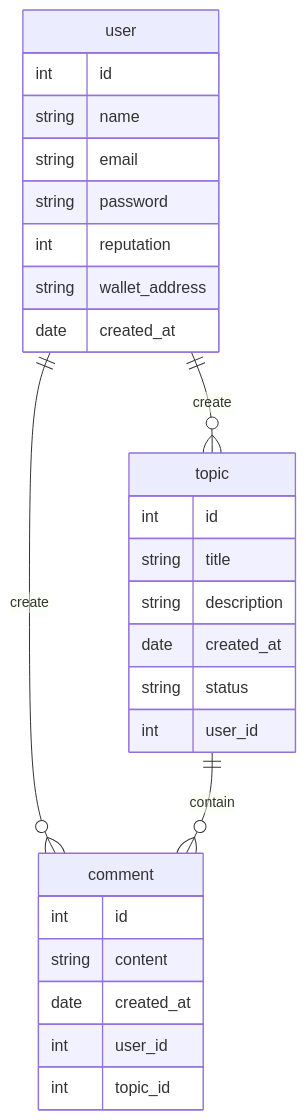
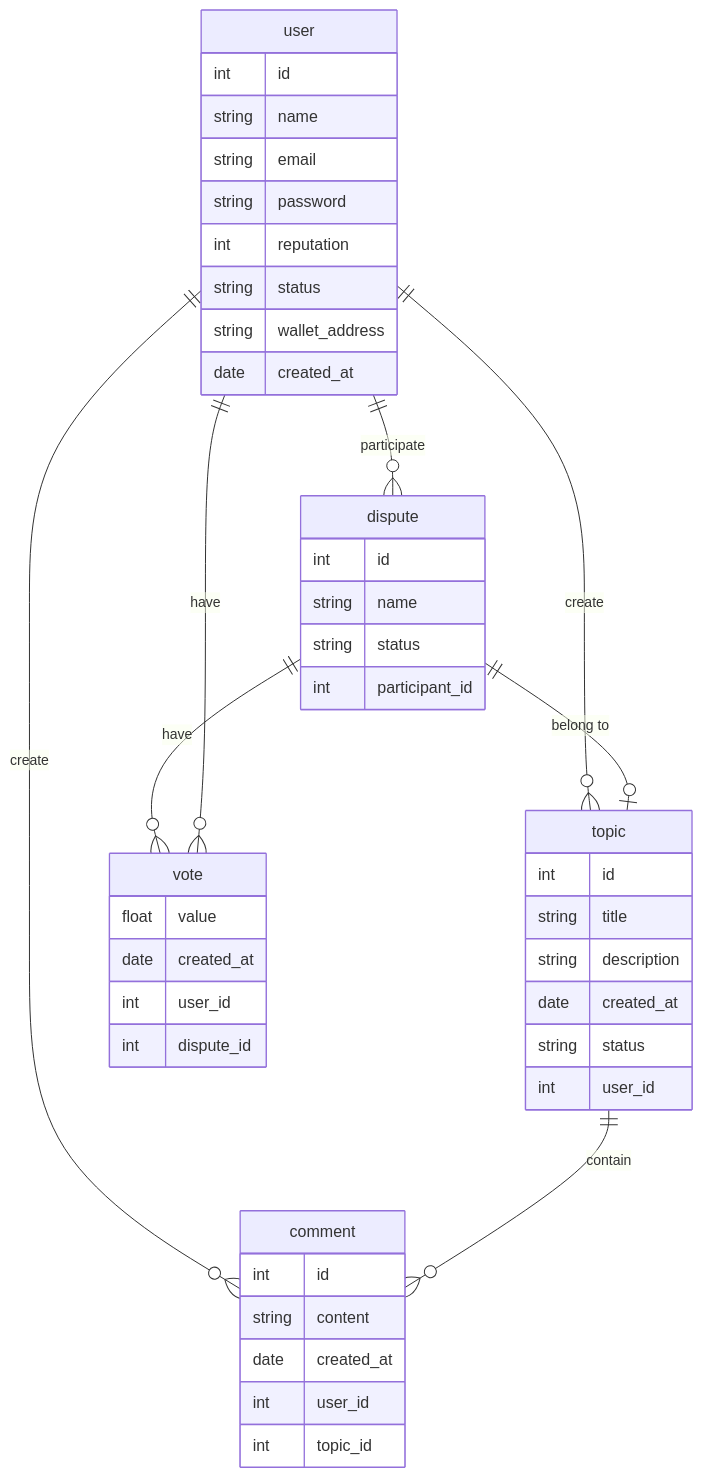
One commit to doyouwantto2/prototype changed the diagram in notes/ERD.md. Above: the diagram before and after it, drawn with Mermaid.

````diff
--- a/notes/ERD.md
+++ b/notes/ERD.md
@@ -1,36 +1,59 @@
 ```mermaid
 erDiagram
 
   user ||--o{ topic : create
 
   user ||--o{ comment : create
 
   topic ||--o{ comment : contain
 
+  user ||--o{ dispute : participate 
+
+  dispute ||--o{ vote : have
+  
+  dispute ||--o| topic : "belong to"
+
+  user ||--o{ vote : have
+
   user {
     int id  
     string name
     string email
     string password
     int reputation
+    string status
     string wallet_address
     date created_at 
   }
 
   topic {
     int id 
     string title 
     string description 
     date created_at 
     string status 
     int user_id
   }
 
   comment {
     int id 
     string content
     date created_at 
     int user_id
     int topic_id
   }
+
+  dispute {
+    int id 
+    string name
+    string status  
+    int participant_id
+  }
+
+  vote {
+    float value
+    date created_at
+    int user_id 
+    int dispute_id 
+  }
 ```
````
